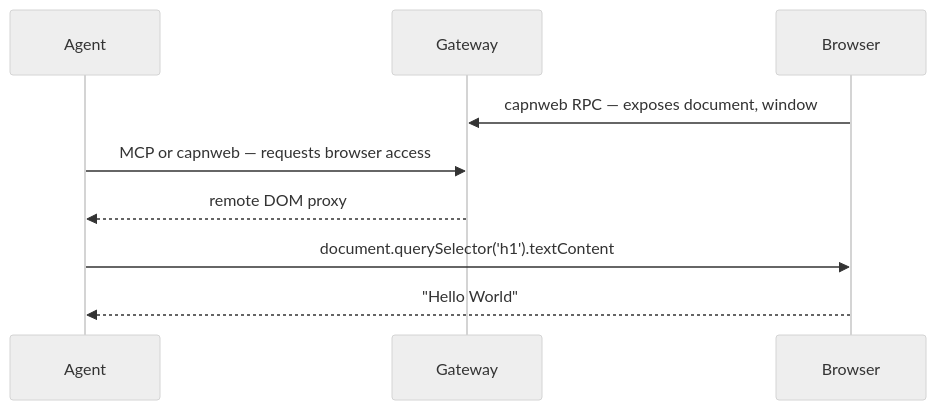
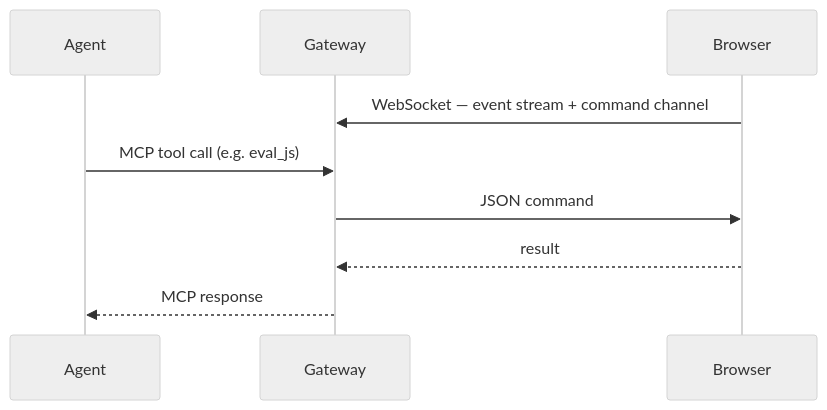
The second of 2 diagrams in README.md (WinstonFassett/web-dev-mcp), drawn with Mermaid (neutral theme) before and after one commit. The commit also changed other lines of this file and 4 other files, not shown here.

First line of the commit message:
docs: update all docs for capnweb removal and eval_js changes

````diff
--- a/README.md
+++ b/README.md
@@ -179,13 +157,12 @@
 ```mermaid
 sequenceDiagram
     participant Agent
     participant Gateway
     participant Browser
 
-    Browser->>Gateway: capnweb RPC — exposes document, window
-    Agent->>Gateway: MCP or capnweb — requests browser access
-    Gateway-->>Agent: remote DOM proxy
-
-    Agent->>Browser: document.querySelector('h1').textContent
-    Browser-->>Agent: "Hello World"
+    Browser->>Gateway: WebSocket — event stream + command channel
+    Agent->>Gateway: MCP tool call (e.g. eval_js)
+    Gateway->>Browser: JSON command
+    Browser-->>Gateway: result
+    Gateway-->>Agent: MCP response
 ```
````
